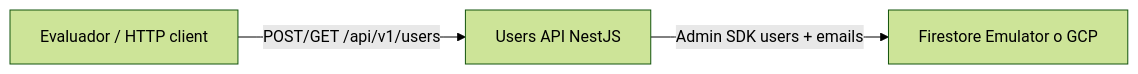
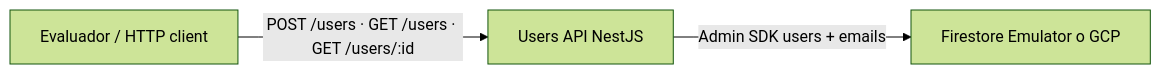
One commit to AndresED/reto-geekscastle changed the first of 4 diagrams in docs/infra/c4-y-flujos.md. Above: the diagram before and after it, drawn with Mermaid (forest theme). The commit also changed other lines of this file and 44 other files, not shown here.

````diff
--- a/docs/infra/c4-y-flujos.md
+++ b/docs/infra/c4-y-flujos.md
@@ -5,9 +5,9 @@
 ```mermaid
 flowchart LR
   client[Evaluador / HTTP client]
   api[Users API NestJS]
   fs[Firestore Emulator o GCP]
 
-  client -->|POST/GET /api/v1/users| api
+  client -->|POST /users · GET /users · GET /users/:id| api
   api -->|Admin SDK users + emails| fs
 ```
````
